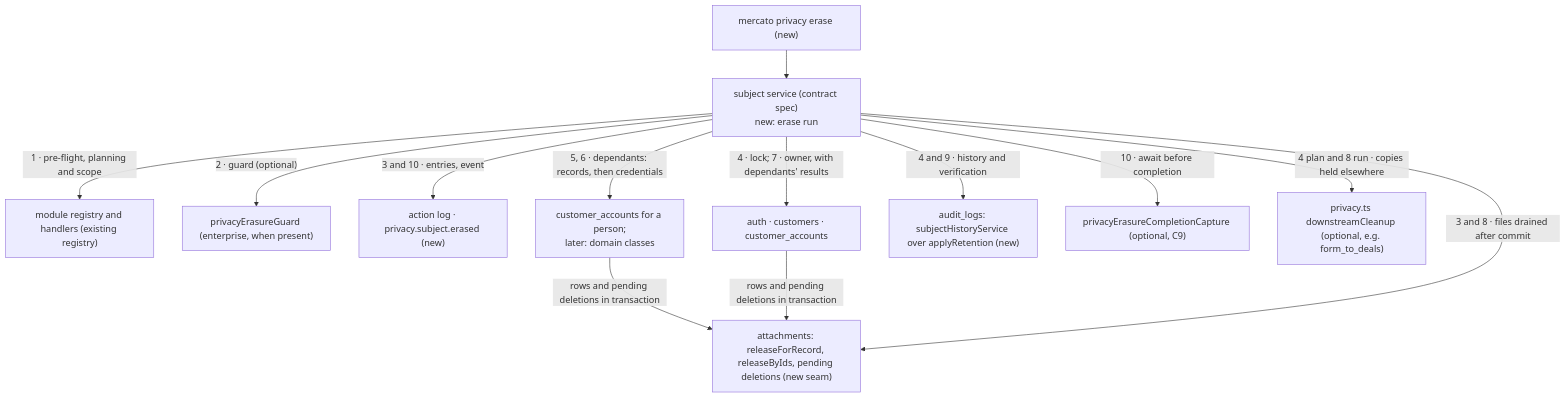
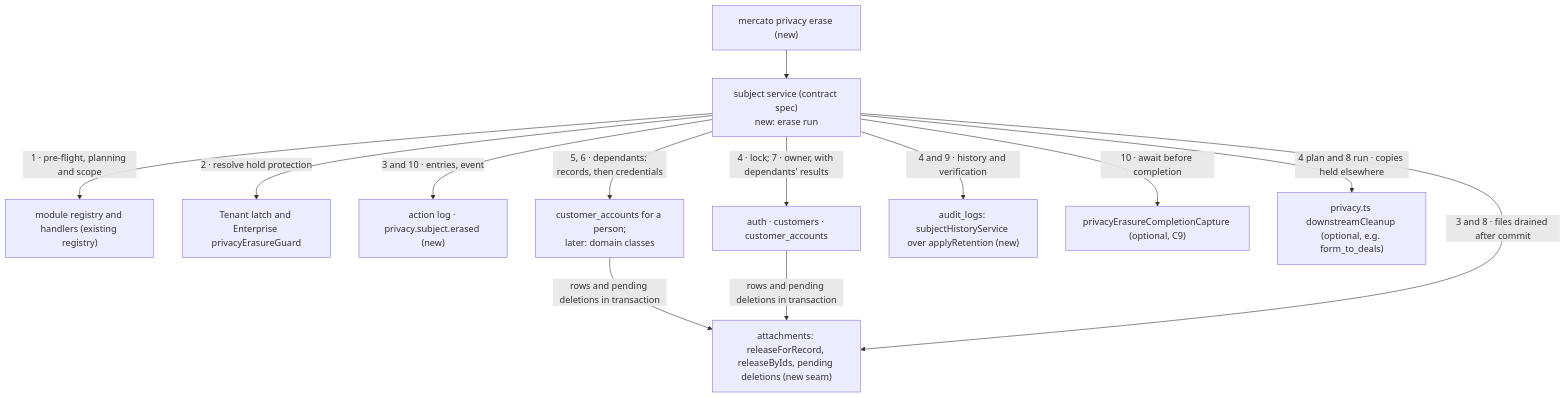
One commit to open-mercato/open-mercato changed the diagram in .ai/specs/GDPR/2026-11-16-privacy-subject-erasure.md. Above: the diagram before and after it, drawn with Mermaid. The commit also changed other lines of this file and 29 other files, not shown here.

````diff
--- a/.ai/specs/GDPR/2026-11-16-privacy-subject-erasure.md
+++ b/.ai/specs/GDPR/2026-11-16-privacy-subject-erasure.md
@@ -543,14 +551,14 @@
 ```mermaid
 flowchart TD
   CLI["mercato privacy erase (new)"] --> S["subject service (contract spec)<br/>new: erase run"]
   S -- "1 · pre-flight, planning and scope" --> R["module registry and handlers (existing registry)"]
-  S -- "2 · guard (optional)" --> G["privacyErasureGuard (enterprise, when present)"]
+  S -- "2 · resolve hold protection" --> G["Tenant latch and Enterprise privacyErasureGuard"]
   S -- "3 and 10 · entries, event" --> E["action log · privacy.subject.erased (new)"]
   S -- "4 · lock; 7 · owner, with dependants' results" --> O["auth · customers · customer_accounts"]
   S -- "5, 6 · dependants: records, then credentials" --> D["customer_accounts for a person;<br/>later: domain classes"]
   D & O -- "rows and pending deletions in transaction" --> A["attachments: releaseForRecord, releaseByIds, pending deletions (new seam)"]
   S -- "3 and 8 · files drained after commit" --> A
   S -- "4 and 9 · history and verification" --> H["audit_logs: subjectHistoryService over applyRetention (new)"]
   S -- "10 · await before completion" --> C["privacyErasureCompletionCapture (optional, C9)"]
   S -- "4 plan and 8 run · copies held elsewhere" --> DC["privacy.ts downstreamCleanup (optional, e.g. form_to_deals)"]
 ```
````
